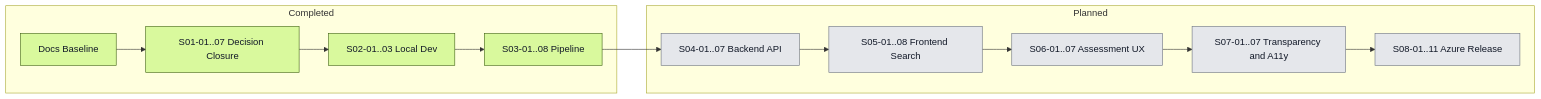
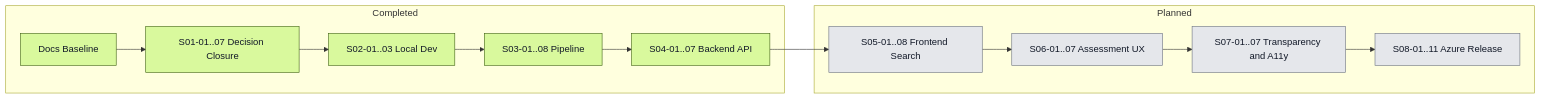
One commit to artemsemdev/SeaRise-Europe changed the second of 2 diagrams in docs/delivery/ROADMAP.md. Above: the diagram before and after it, drawn with Mermaid. The commit also changed other lines of this file and 61 other files, not shown here.

Commit message:
feat: Epic 04 Backend API Core Implemented

````diff
--- a/docs/delivery/ROADMAP.md
+++ b/docs/delivery/ROADMAP.md
@@ -193,25 +193,25 @@
 ```mermaid
 flowchart LR
     subgraph Completed
         B[Docs Baseline]
         W1[S01-01..07 Decision Closure]
         W2[S02-01..03 Local Dev]
         W3[S03-01..08 Pipeline]
+        W4[S04-01..07 Backend API]
     end
 
     subgraph Planned
-        W4[S04-01..07 Backend API]
         W5[S05-01..08 Frontend Search]
         W6[S06-01..07 Assessment UX]
         W7[S07-01..07 Transparency and A11y]
         W8[S08-01..11 Azure Release]
     end
 
     B --> W1 --> W2 --> W3 --> W4 --> W5 --> W6 --> W7 --> W8
 
     classDef done fill:#d9f99d,stroke:#3f6212,color:#111827;
     classDef later fill:#e5e7eb,stroke:#6b7280,color:#111827;
 
-    class B,W1,W2,W3 done;
-    class W4,W5,W6,W7,W8 later;
+    class B,W1,W2,W3,W4 done;
+    class W5,W6,W7,W8 later;
 ```
````
